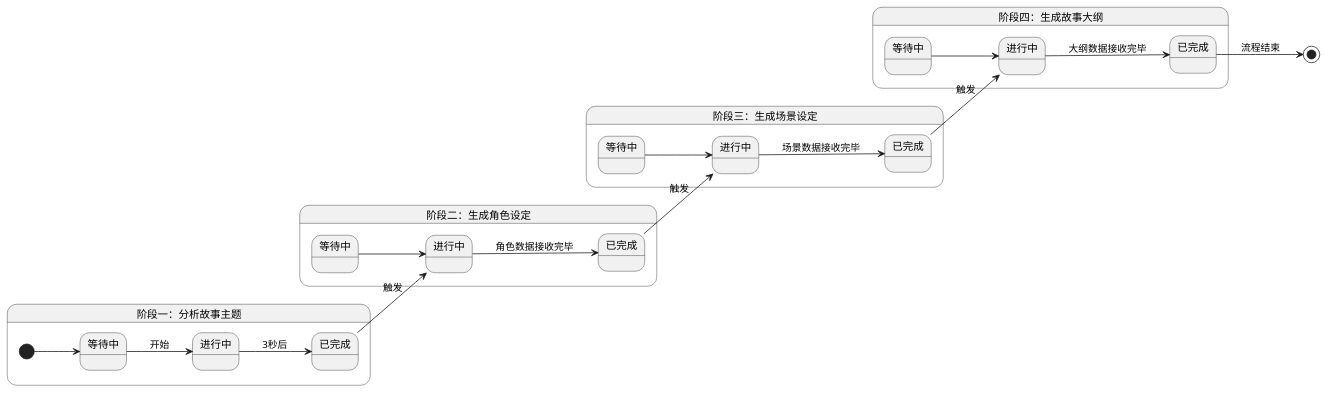
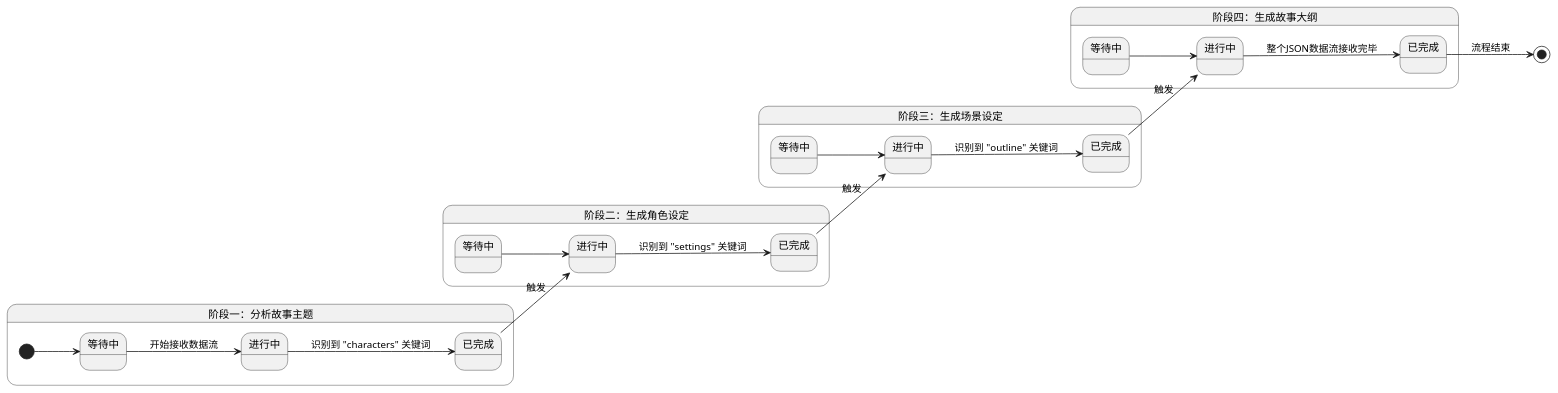
Before and after one commit to songwb89/Storybooks: the second of 4 diagrams in AI绘本功能需求文档.md, drawn with PlantUML. The commit also changed other lines of this file and 4 other files, not shown here.

````diff
--- a/AI绘本功能需求文档.md
+++ b/AI绘本功能需求文档.md
@@ -94,49 +95,49 @@
     ```plantuml
     @startuml
 
     state "阶段一：分析故事主题" as S1 {
       left to right direction
       state "等待中" as W1
       state "进行中" as R1
       state "已完成" as D1
       [*] --> W1
-      W1 --> R1 : 开始
-      R1 --> D1 : 3秒后
+      W1 --> R1 : 开始接收数据流
+      R1 --> D1 : 识别到 "characters" 关键词
     }
 
 
     state "阶段二：生成角色设定" as S2 {
       left to right direction
       state "等待中" as W2
       state "进行中" as R2
       state "已完成" as D2
       W2 --> R2
-      R2 --> D2 : 角色数据接收完毕
+      R2 --> D2 : 识别到 "settings" 关键词
     }
 
 
     state "阶段三：生成场景设定" as S3 {
       left to right direction
       state "等待中" as W3
       state "进行中" as R3
       state "已完成" as D3
       W3 --> R3
-      R3 --> D3 : 场景数据接收完毕
+      R3 --> D3 : 识别到 "outline" 关键词
     }
 
 
     state "阶段四：生成故事大纲" as S4 {
       left to right direction
       state "等待中" as W4
       state "进行中" as R4
       state "已完成" as D4
       W4 --> R4
-      R4 --> D4 : 大纲数据接收完毕
+      R4 --> D4 : 整个JSON数据流接收完毕
     }
 
     D1 --> R2 : 触发
     D2 --> R3 : 触发
     D3 --> R4 : 触发
     D4 --> [*] : 流程结束
     @enduml
     ```
````
